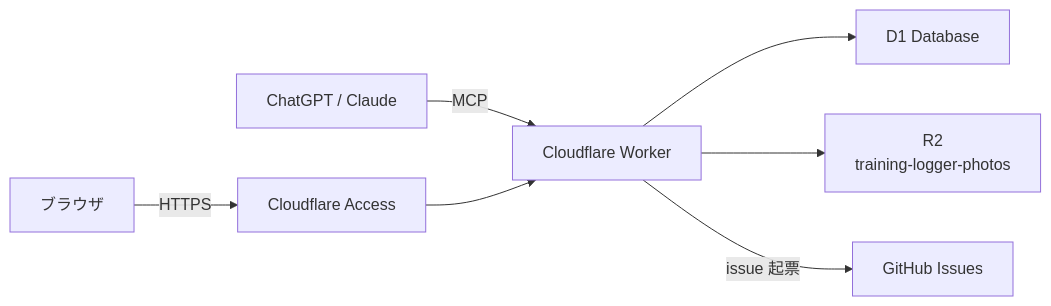
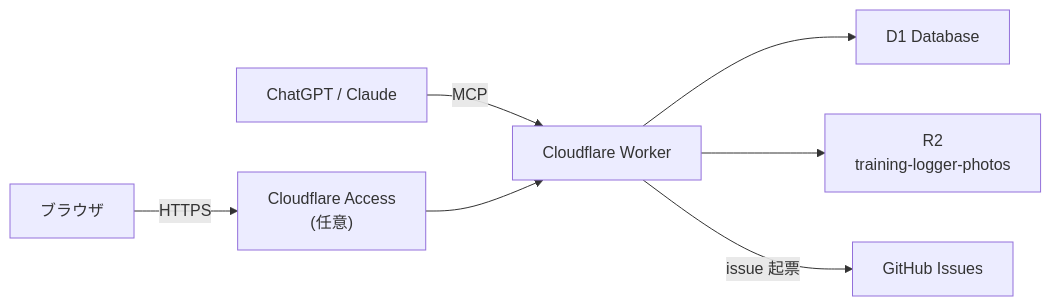
The diagram in README.md (japan4415/training-logger), drawn with Mermaid before and after one commit. The commit also changed other lines of this file and 12 other files, not shown here.

````diff
--- a/README.md
+++ b/README.md
@@ -20,9 +22,9 @@
 ```mermaid
 graph LR
     A["ChatGPT / Claude"] -->|MCP| B["Cloudflare Worker"]
-    C["ブラウザ"] -->|HTTPS| D["Cloudflare Access"]
+    C["ブラウザ"] -->|HTTPS| D["Cloudflare Access<br/>(任意)"]
     D --> B
     B --> E["D1 Database"]
     B --> G["R2<br/>training-logger-photos"]
     B -->|issue 起票| F["GitHub Issues"]
 ```
````
